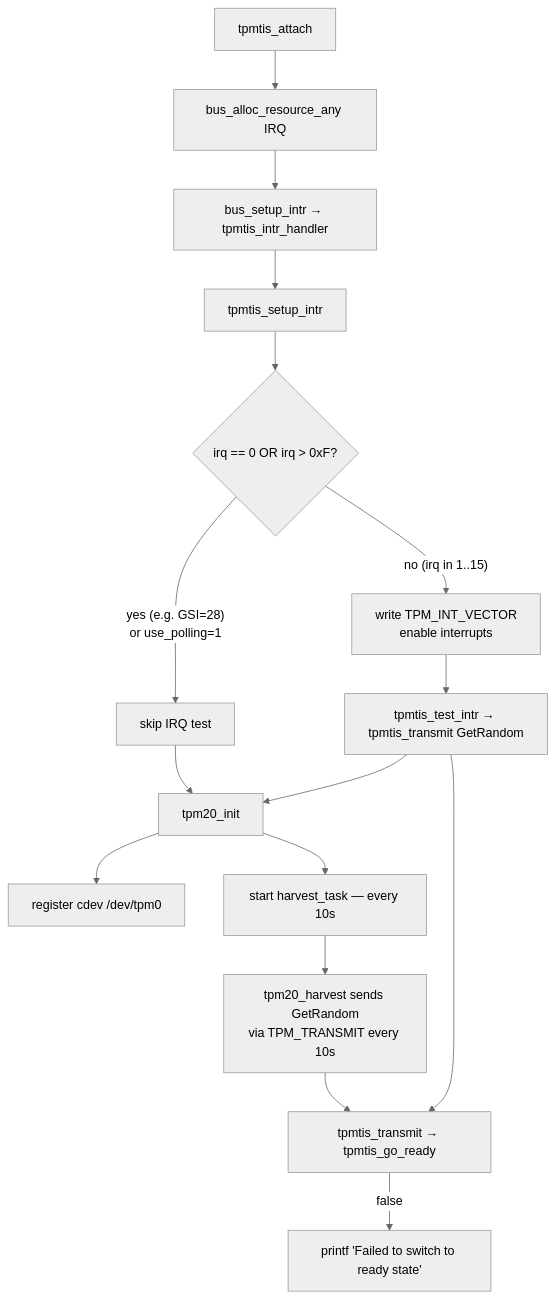
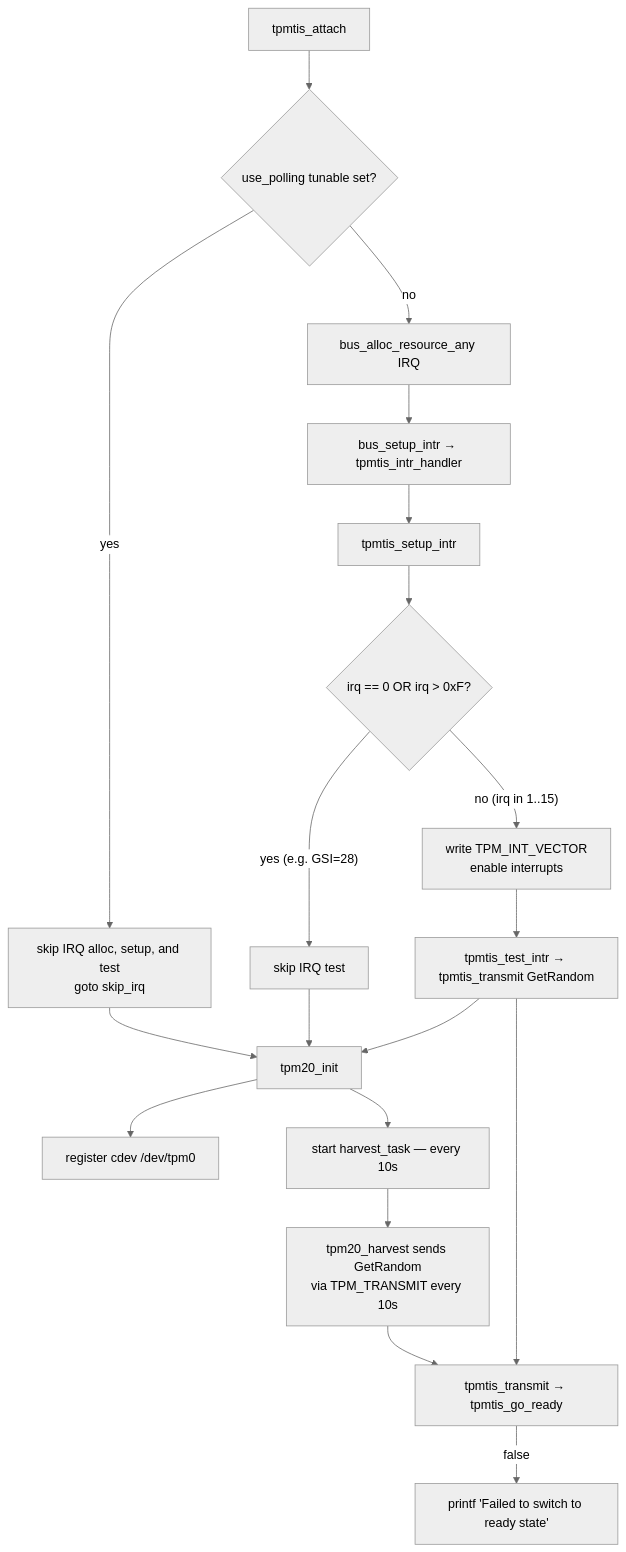
Before and after one commit to ocochard/myscripts: the second of 2 diagrams in FreeBSD/doc/TPM_IRQ.md, drawn with Mermaid (neutral theme). The commit also changed other lines of this file, not shown here.

First line of the commit message:
TPM_IRQ.md: incorporate ST33KTPM2X32CKE3 fix confirmation, correct source claims

````diff
--- a/FreeBSD/doc/TPM_IRQ.md
+++ b/FreeBSD/doc/TPM_IRQ.md
@@ -197,18 +205,21 @@
 ```mermaid
 flowchart TD
-    A[tpmtis_attach] --> B[bus_alloc_resource_any IRQ]
+    A[tpmtis_attach] --> P{use_polling tunable set?}
+    P -- "yes" --> Z0[skip IRQ alloc, setup, and test<br/>goto skip_irq]
+    P -- "no" --> B[bus_alloc_resource_any IRQ]
     B --> C[bus_setup_intr → tpmtis_intr_handler]
     C --> D[tpmtis_setup_intr]
     D --> E{irq == 0 OR irq > 0xF?}
-    E -- "yes (e.g. GSI=28)<br/>or use_polling=1" --> Z1[skip IRQ test]
+    E -- "yes (e.g. GSI=28)" --> Z1[skip IRQ test]
     E -- "no (irq in 1..15)" --> F[write TPM_INT_VECTOR<br/>enable interrupts]
     F --> G[tpmtis_test_intr → tpmtis_transmit GetRandom]
-    Z1 --> H[tpm20_init]
+    Z0 --> H[tpm20_init]
+    Z1 --> H
     G --> H
     H --> I[register cdev /dev/tpm0]
     H --> J[start harvest_task — every 10s]
     J --> K[tpm20_harvest sends GetRandom<br/>via TPM_TRANSMIT every 10s]
     K --> L[tpmtis_transmit → tpmtis_go_ready]
     L -- false --> X["printf 'Failed to switch to ready state'"]
     G --> L
 ```
````
